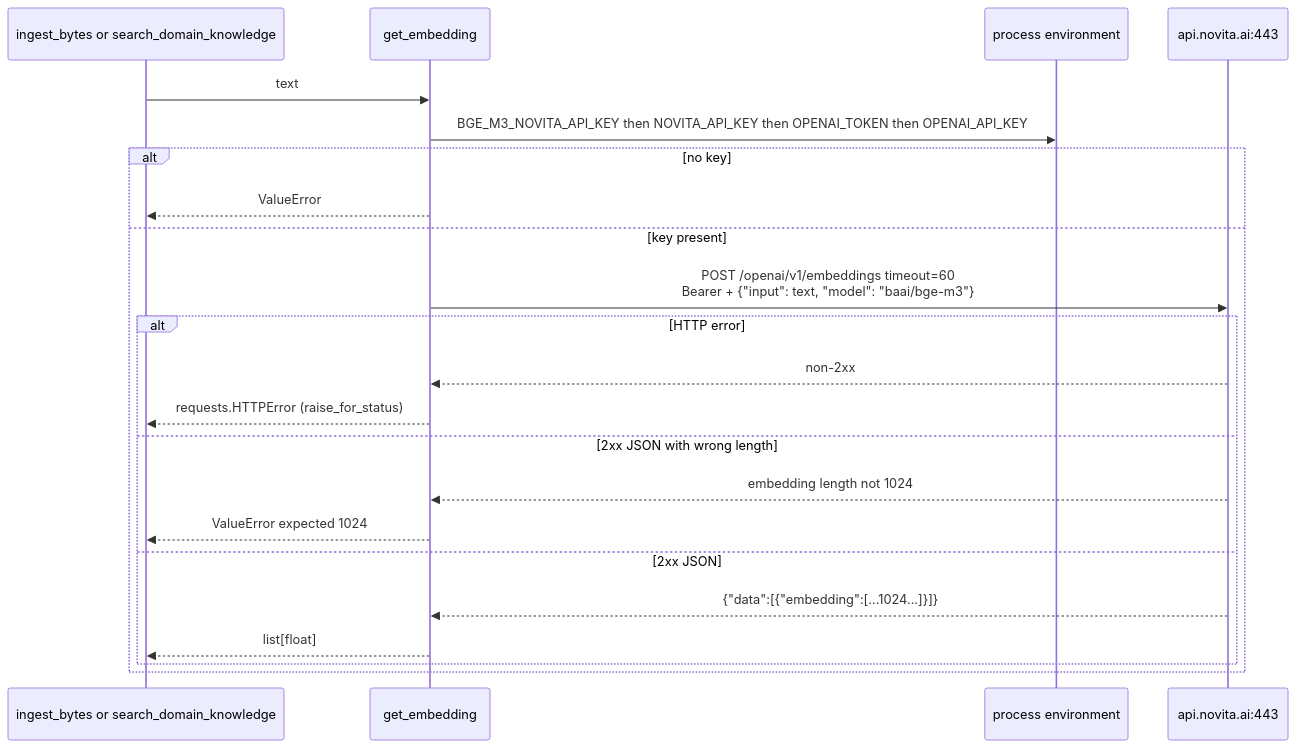
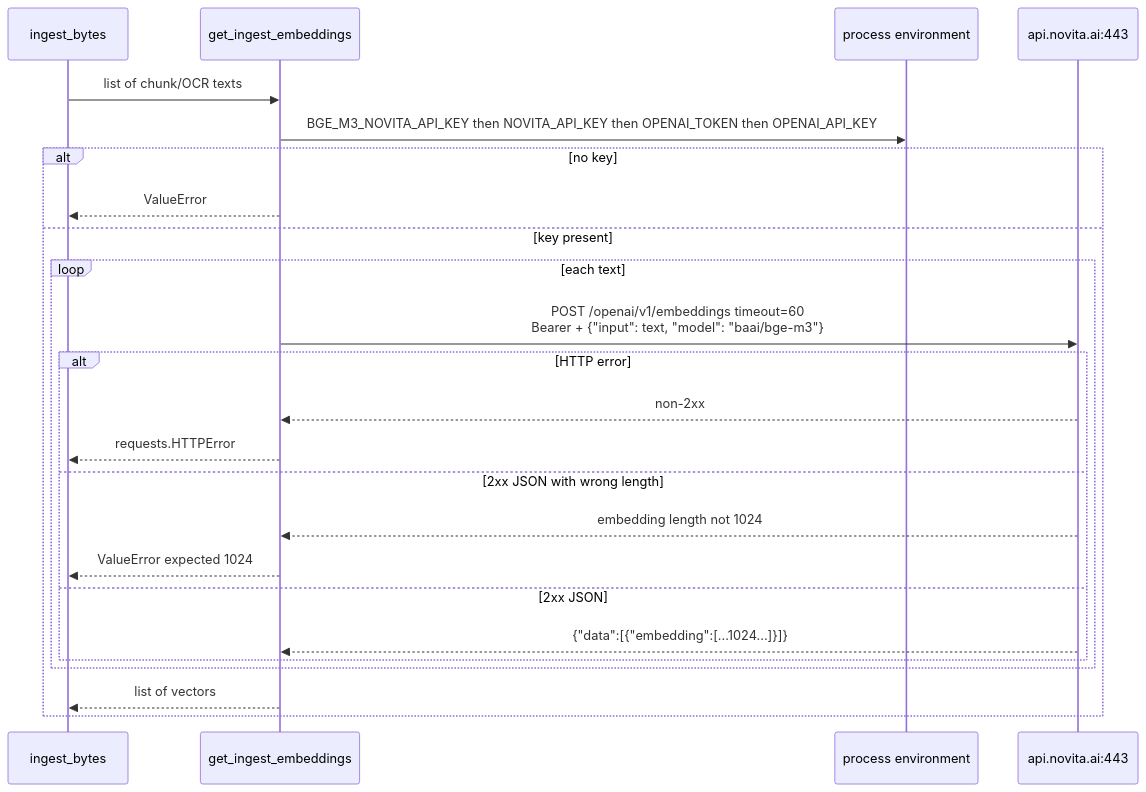
Before and after one commit to mkrejp/fastmcp-rag-timer: the third of 3 diagrams in docs/CONNECTIVITY.md, drawn with Mermaid. The commit also changed other lines of this file and 8 other files, not shown here.

First line of the commit message:
docs: align README, architecture, and connectivity with current main

````diff
--- a/docs/CONNECTIVITY.md
+++ b/docs/CONNECTIVITY.md
@@ -249,25 +295,27 @@
 ```mermaid
 sequenceDiagram
-  participant Caller as ingest_bytes or search_domain_knowledge
-  participant GE as get_embedding
+  participant Caller as ingest_bytes
+  participant GE as get_ingest_embeddings
   participant Env as process environment
   participant NV as api.novita.ai:443
 
-  Caller->>GE: text
+  Caller->>GE: list of chunk/OCR texts
   GE->>Env: BGE_M3_NOVITA_API_KEY then NOVITA_API_KEY then OPENAI_TOKEN then OPENAI_API_KEY
   alt no key
     GE-->>Caller: ValueError
   else key present
-    GE->>NV: POST /openai/v1/embeddings timeout=60<br/>Bearer + {"input": text, "model": "baai/bge-m3"}
-    alt HTTP error
-      NV-->>GE: non-2xx
-      GE-->>Caller: requests.HTTPError (raise_for_status)
-    else 2xx JSON with wrong length
-      NV-->>GE: embedding length not 1024
-      GE-->>Caller: ValueError expected 1024
-    else 2xx JSON
-      NV-->>GE: {"data":[{"embedding":[...1024...]}]}
-      GE-->>Caller: list[float]
+    loop each text
+      GE->>NV: POST /openai/v1/embeddings timeout=60<br/>Bearer + {"input": text, "model": "baai/bge-m3"}
+      alt HTTP error
+        NV-->>GE: non-2xx
+        GE-->>Caller: requests.HTTPError
+      else 2xx JSON with wrong length
+        NV-->>GE: embedding length not 1024
+        GE-->>Caller: ValueError expected 1024
+      else 2xx JSON
+        NV-->>GE: {"data":[{"embedding":[...1024...]}]}
+      end
     end
+    GE-->>Caller: list of vectors
   end
 ```
````
